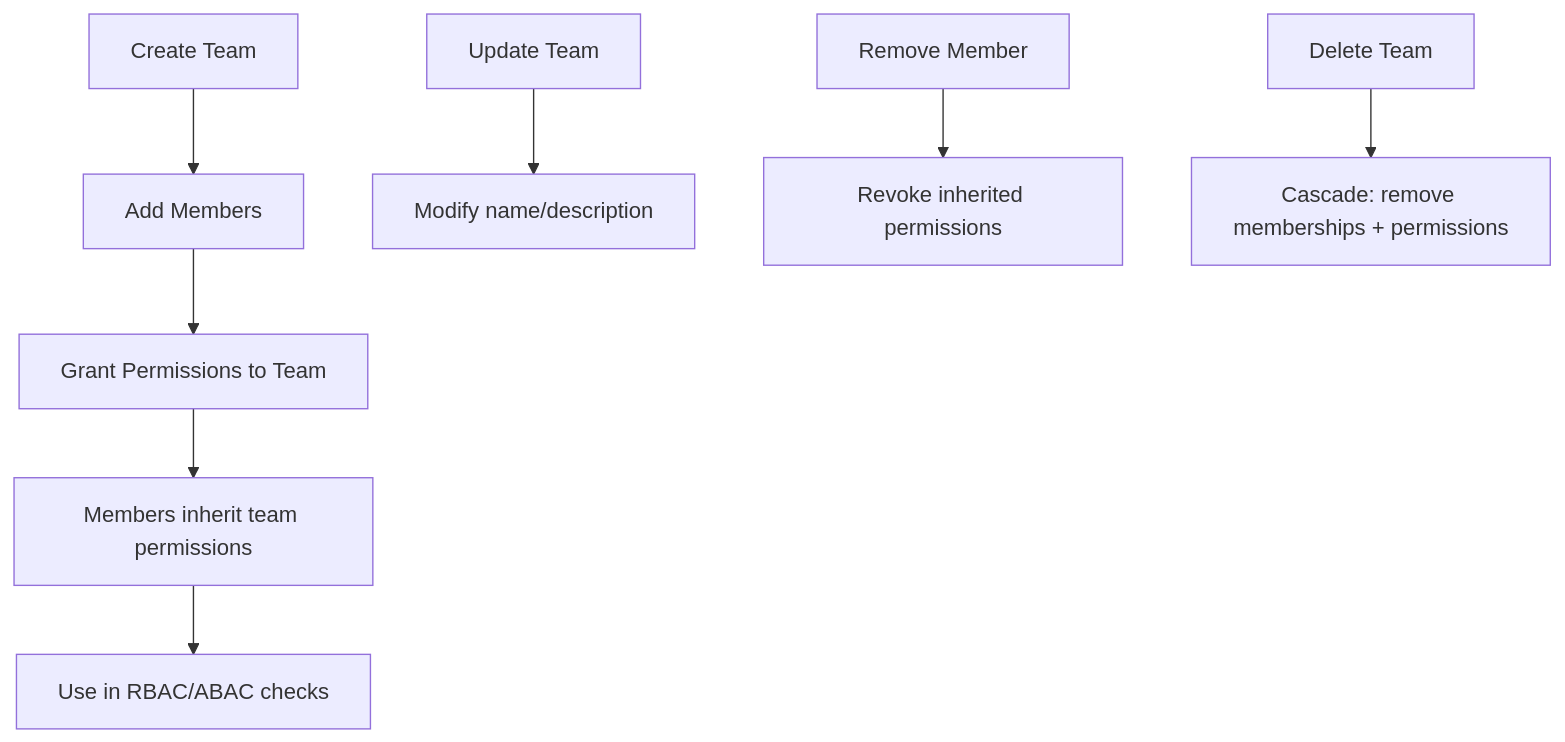
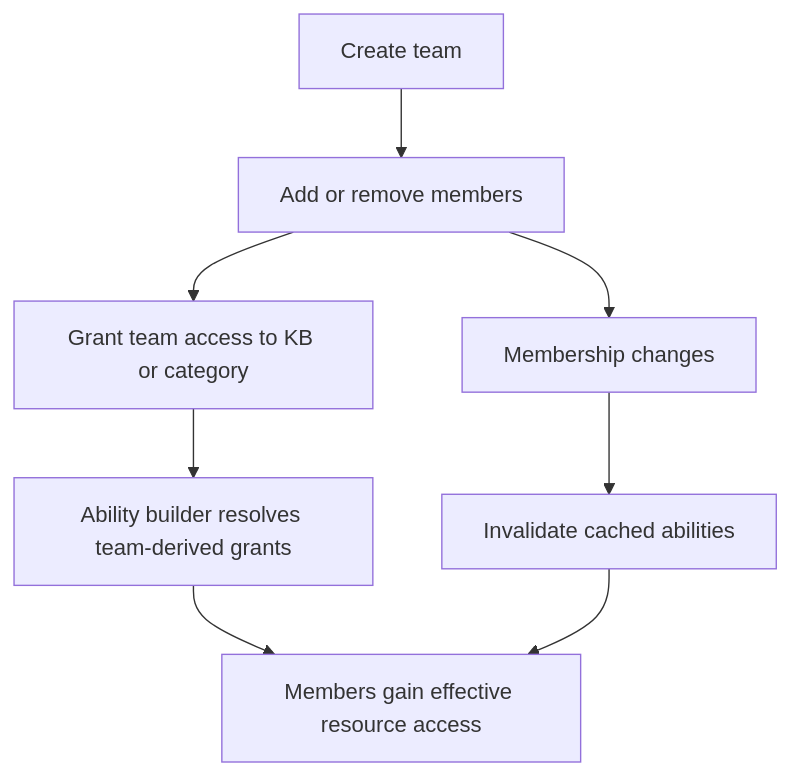
The first of 5 diagrams in docs/detail-design/user-team/team-management-detail.md (b-knowledge-solution/b-knowledge), drawn with Mermaid before and after one commit. The commit also changed other lines of this file and 2 other files, not shown here.

First line of the commit message:
docs(09-04): rewrite user and team permission flows

````diff
--- a/docs/detail-design/user-team/team-management-detail.md
+++ b/docs/detail-design/user-team/team-management-detail.md
@@ -9,11 +21,11 @@
 ```mermaid
 flowchart TD
-    A[Create Team] --> B[Add Members]
-    B --> C[Grant Permissions to Team]
-    C --> D[Members inherit team permissions]
-    D --> E[Use in RBAC/ABAC checks]
+    A[Create team] --> B[Add or remove members]
+    B --> C[Grant team access to KB or category]
+    C --> D[Ability builder resolves team-derived grants]
+    D --> E[Members gain effective resource access]
 
-    F[Update Team] --> G[Modify name/description]
-    H[Remove Member] --> I[Revoke inherited permissions]
-    J[Delete Team] --> K[Cascade: remove memberships + permissions]
+    B --> F[Membership changes]
+    F --> G[Invalidate cached abilities]
+    G --> E
 ```
````
